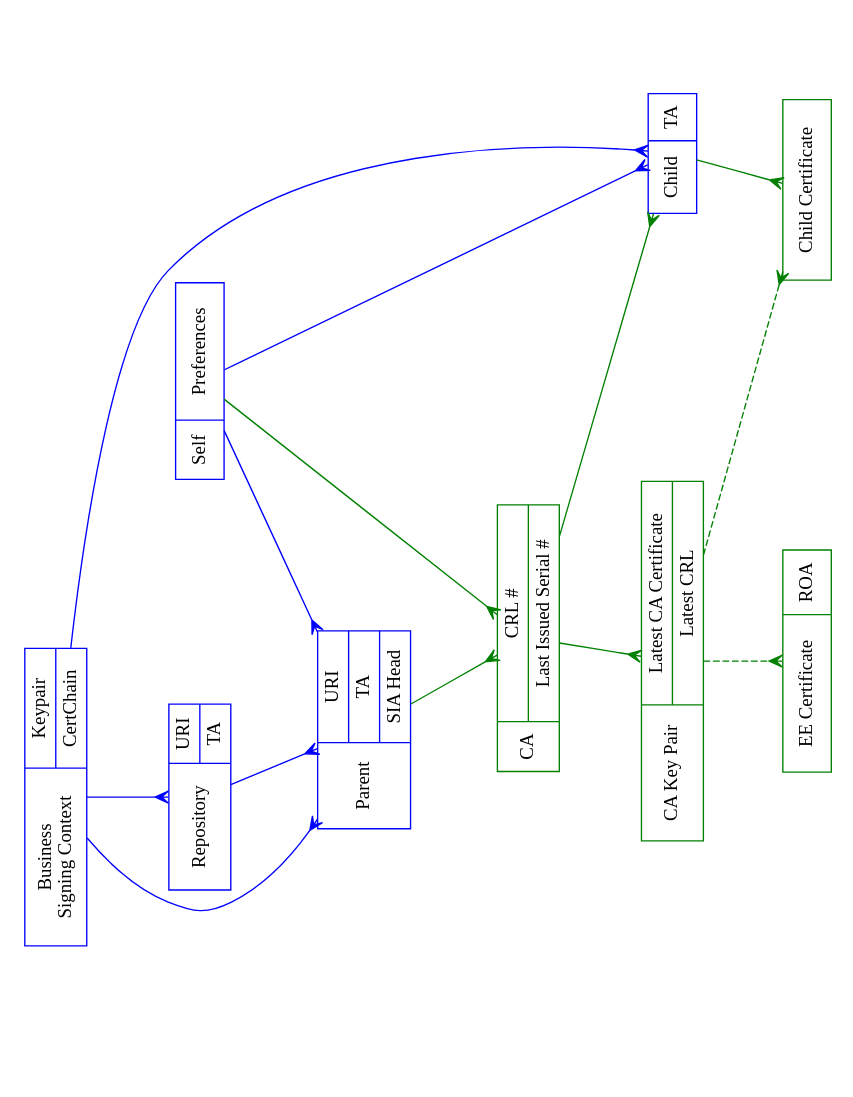
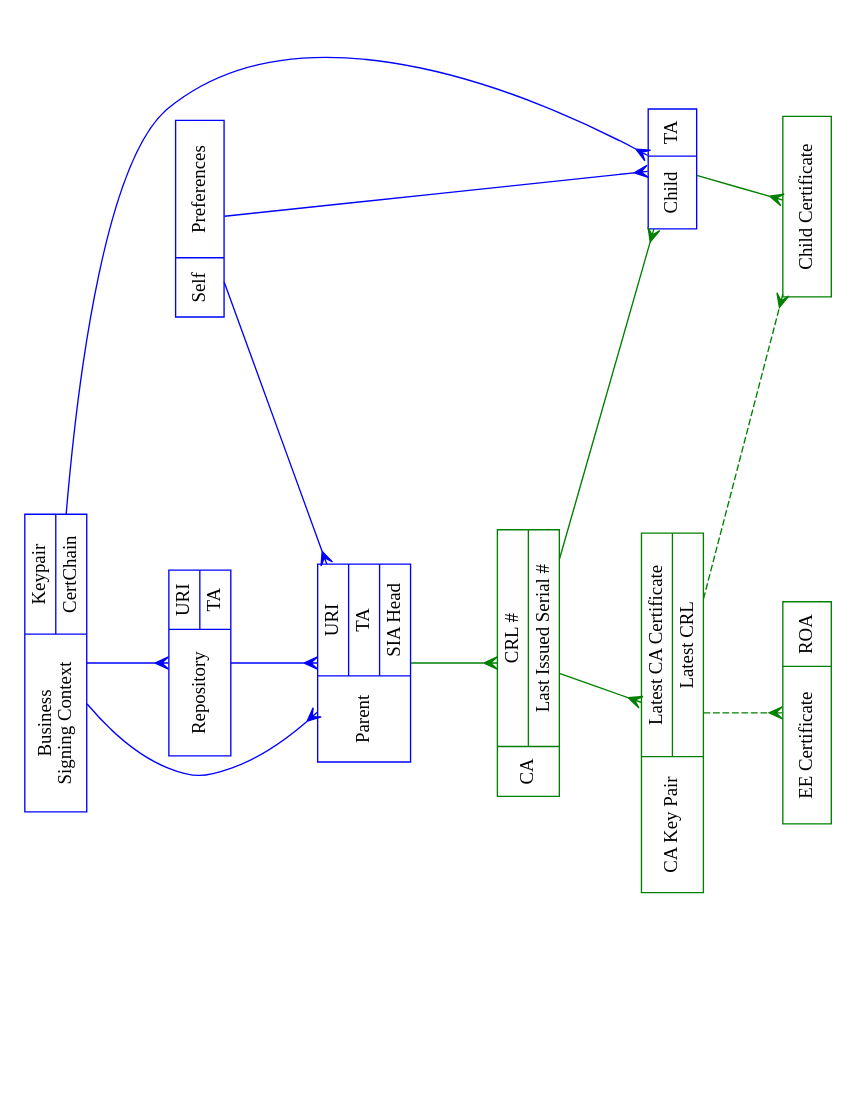
Before and after one commit to dragonresearch/rpki.net: the diagram in docs/repository-engine-objects.dot, drawn with Graphviz. The commit also changed 1 other file, not shown here.

Commit message:
Remove self -> ca link
svn path=/docs/repository-engine-objects.dot; revision=586

```diff
--- a/docs/repository-engine-objects.dot
+++ b/docs/repository-engine-objects.dot
@@ -1,65 +1,64 @@
 // $URL$
 // $Id$
 
 // This is an attempt to capture
 // http://subvert-rpki.hactrn.net/docs/prague-whiteboard-2007-03-22-23:15:01.jpg
 
 // {arrowhead,arrowtail} shapes to use for database object relationships:
 //   1-  none
 //   m-  crow
 // Color code:
 //   Blue:  visible in left-right protocol
 //   Green: created on the fly
 
 // Explanation for many-many mapping beween CA and child objects
 // (courtesy of RobL): Each child is an entity; each CA can have
 // multiple children, and each child can hold certs from multiple CAs.
 
 digraph rpki_engine_objects {
 	rotate=90;	size="11,8.5";	splines=true;	ratio=fill;
 	node		[ shape=record ];
 
 	// Objects visible in left-to-right protocol
 	node		[ color=blue ];
 	self		[ label="Self|{Preferences}" ];
 	parent		[ label="Parent|{URI|TA|SIA Head}" ];
 	repo		[ label="Repository|{URI|TA}" ];
 	child		[ label="Child|{TA}" ];
 	biz_sign	[ label="Business\nSigning Context|{Keypair|CertChain}" ];
 
 	// Objects created on the fly by the RPKI engine
 	node		[ color=green ];
 	ca		[ label="CA|{CRL #|Last Issued Serial #}" ];
 	child_cert	[ label="Child Certificate" ];
 	ee_cert		[ label="EE Certificate|{ROA}" ];
 	ca_key_pair	[ label="CA Key Pair|{Latest CA Certificate|Latest CRL}" ];
 
 	// One-many mappings
 	edge [ color=blue, arrowtail=none, arrowhead=crow ];
 	biz_sign -> child;
 	biz_sign -> parent;
 	biz_sign -> repo;
 	self -> child;
 	self -> parent;
 	repo -> parent;
 
 	// Many-many mappings
 	edge [ color=green, arrowtail=crow, arrowhead=crow ];
 	ca -> child;
 
 	// One-many mappings
 	edge [ color=green, arrowtail=none, arrowhead=crow ];
 	ca -> ca_key_pair;
 	child -> child_cert;
-	self -> ca;
 	parent -> ca;
 
 	// Weird one-many
 	edge [ color=green, arrowtail=none, arrowhead=crow, style=dashed ];
 	ca_key_pair -> child_cert;
 	ca_key_pair -> ee_cert;
 }
 
 // Local Variables:
 // compile-command: "neato -Tps2 repository-engine-objects.dot | ps2pdf - repository-engine-objects.pdf"
 // End:
```
